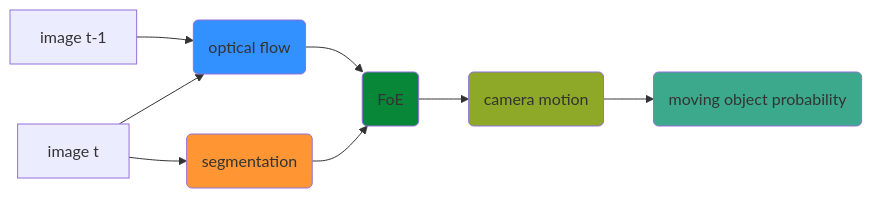
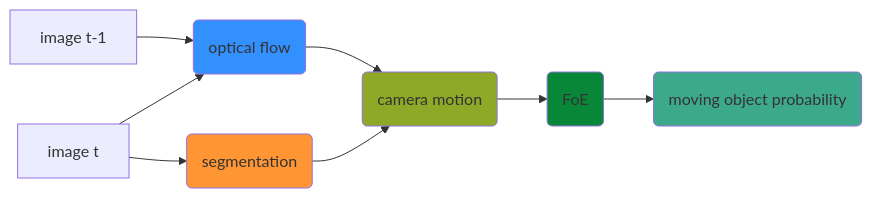
One commit to MasahiroOgawa/reconstruct4D changed the diagram in doc/flowchart_whole.md. Above: the diagram before and after it, drawn with Mermaid. The commit also changed 1 other file, not shown here.

Commit message:
fix mermaid graph

````diff
--- a/doc/flowchart_whole.md
+++ b/doc/flowchart_whole.md
@@ -1,16 +1,16 @@
 ```mermaid
 flowchart LR
     imgt-1[image t-1] --> flow(optical flow)
     imgt[image t] --> flow
     imgt --> seg(segmentation)
-    flow --> foe(FoE)
-    seg --> foe
-    foe --> cam(camera motion)
-    cam --> movpix(moving object probability)
+    flow --> cam(camera motion)
+    seg --> cam
+    cam --> foe(FoE)
+    foe --> movpix(moving object probability)
 
     style flow fill:#3390FF
     style foe fill:#098739
     style cam fill: #8EA928
     style movpix fill: #3DA98C
     style seg fill:#FF9633
 ```
````
